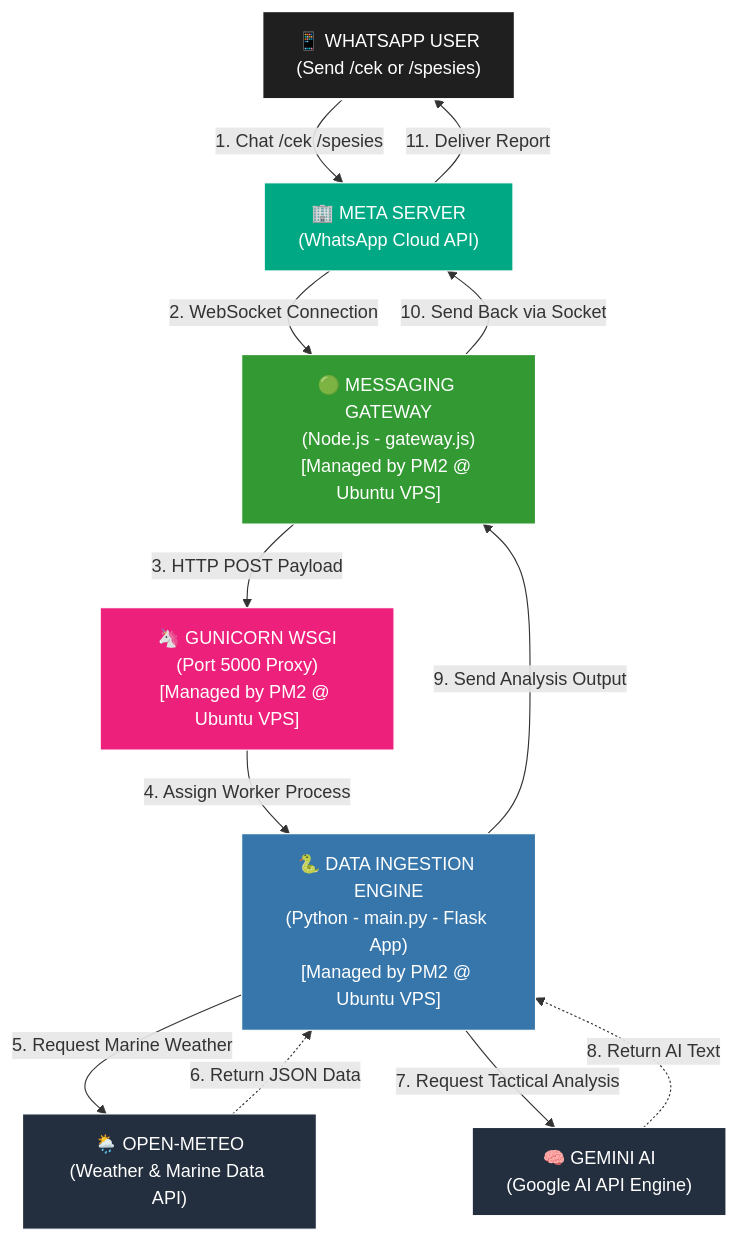
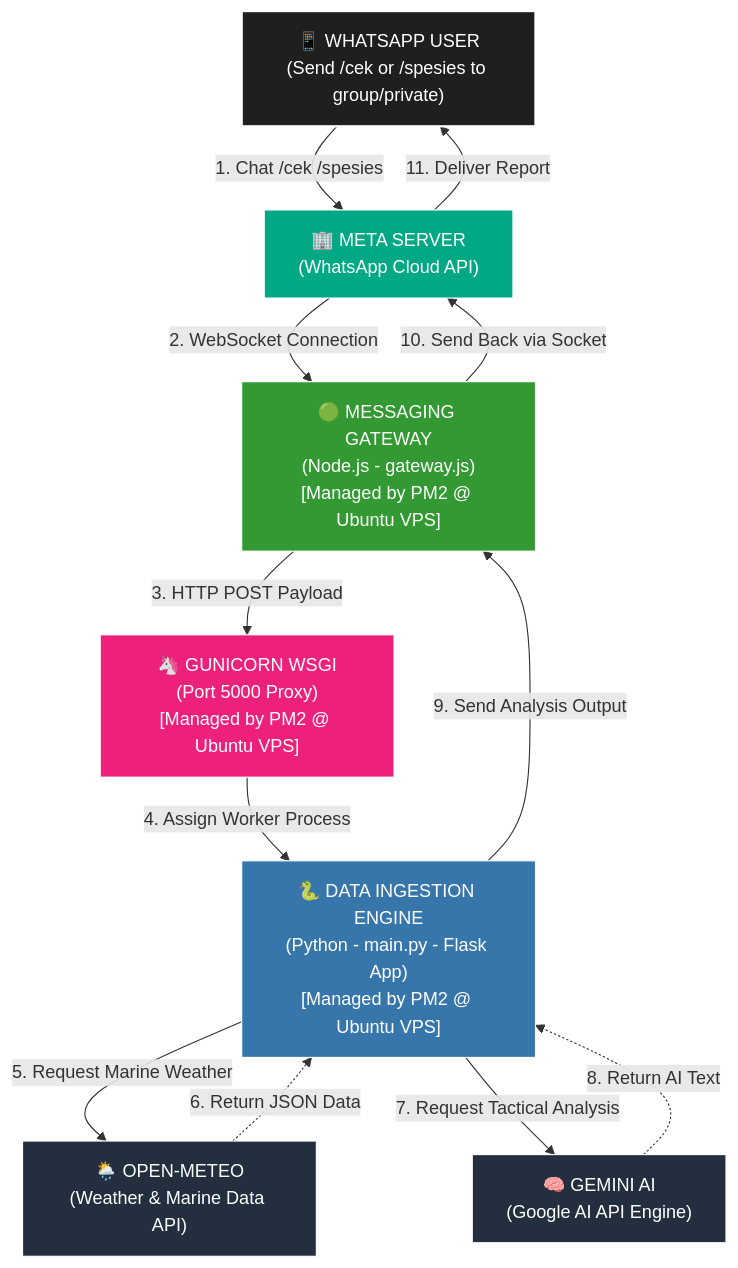
Before and after one commit to AdienDendra/architect-web: the diagram in content.en/projects/bot-fishing.md, drawn with Mermaid. The commit also changed other lines of this file, not shown here.

```diff
--- a/content.en/projects/bot-fishing.md
+++ b/content.en/projects/bot-fishing.md
@@ -60,38 +68,38 @@
 {{< mermaid >}}
 
 graph TD
     %% Define Styles (Dark Mode Portfolio Theme)
     classDef user fill:#1f1f1f,stroke:#fff,stroke-width:2px,color:#fff;
     classDef meta fill:#00a884,stroke:#fff,stroke-width:1px,color:#fff;
     classDef nodejs fill:#339933,stroke:#fff,stroke-width:1px,color:#fff;
     classDef guni fill:#ed217c,stroke:#fff,stroke-width:1px,color:#fff;
     classDef python fill:#3776AB,stroke:#fff,stroke-width:1px,color:#fff;
     classDef external fill:#232F3E,stroke:#fff,stroke-width:1px,color:#fff;
 
     %% --- SINGLE-COLUMN NODE LAYOUT ---
-    User["📱 WHATSAPP USER<br>(Send /cek or /spesies)"]:::user
+    User["📱 WHATSAPP USER<br>(Send /cek or /spesies to group/private)"]:::user
     Meta["🏢 META SERVER<br>(WhatsApp Cloud API)"]:::meta
     NodeApp["🟢 MESSAGING GATEWAY<br>(Node.js - gateway.js)<br>[Managed by PM2 @ Ubuntu VPS]"]:::nodejs
     GuniMaster["🦄 GUNICORN WSGI<br>(Port 5000 Proxy)<br>[Managed by PM2 @ Ubuntu VPS]"]:::guni
     MainPy["🐍 DATA INGESTION ENGINE<br>(Python - main.py - Flask App)<br>[Managed by PM2 @ Ubuntu VPS]"]:::python
     BOM["🌦️ OPEN-METEO<br>(Weather & Marine Data API)"]:::external
     Gemini["🧠 GEMINI AI<br>(Google AI API Engine)"]:::external
 
     %% === INBOUND FLOW (VERTICAL DOWNWARD) ===
     User -->|1. Chat /cek /spesies| Meta
     Meta -->|2. WebSocket Connection| NodeApp
     NodeApp -->|3. HTTP POST Payload| GuniMaster
     GuniMaster -->|4. Assign Worker Process| MainPy
     
     %% === LOWER-LEVEL API INTERACTIONS ===
     MainPy -->|5. Request Marine Weather| BOM
     BOM -.->|6. Return JSON Data| MainPy
     MainPy -->|7. Request Tactical Analysis| Gemini
     Gemini -.->|8. Return AI Text| MainPy
     
     %% === OUTBOUND FLOW (VERTICAL UPWARD) ===
     MainPy -->|9. Send Analysis Output| NodeApp
     NodeApp -->|10. Send Back via Socket| Meta
     Meta -->|11. Deliver Report| User
 
 {{< /mermaid >}}
```
